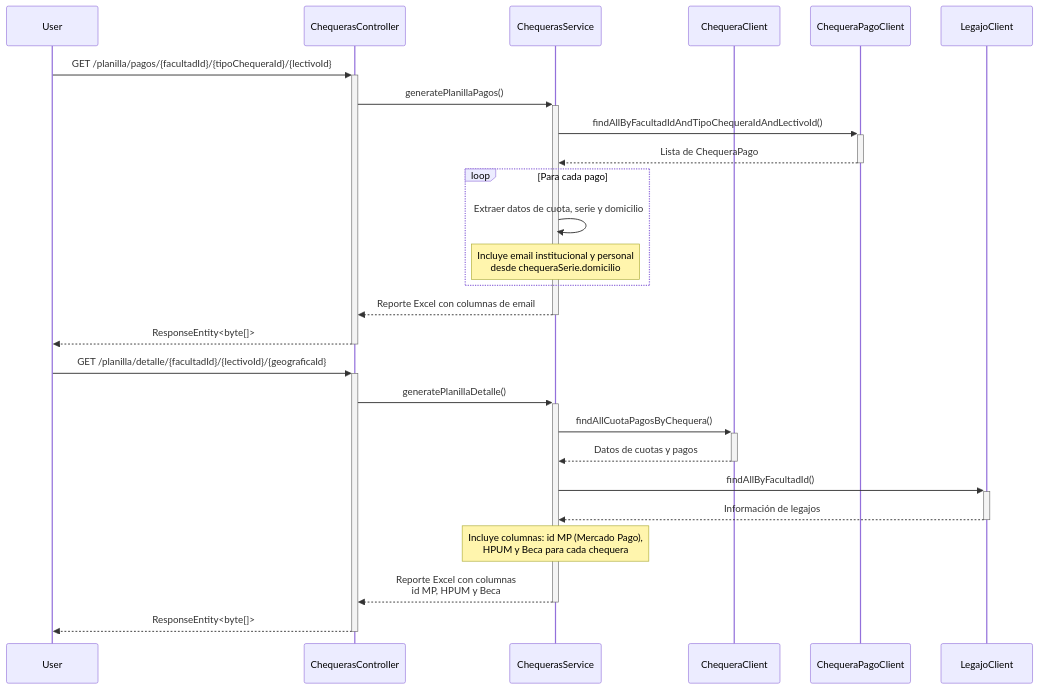
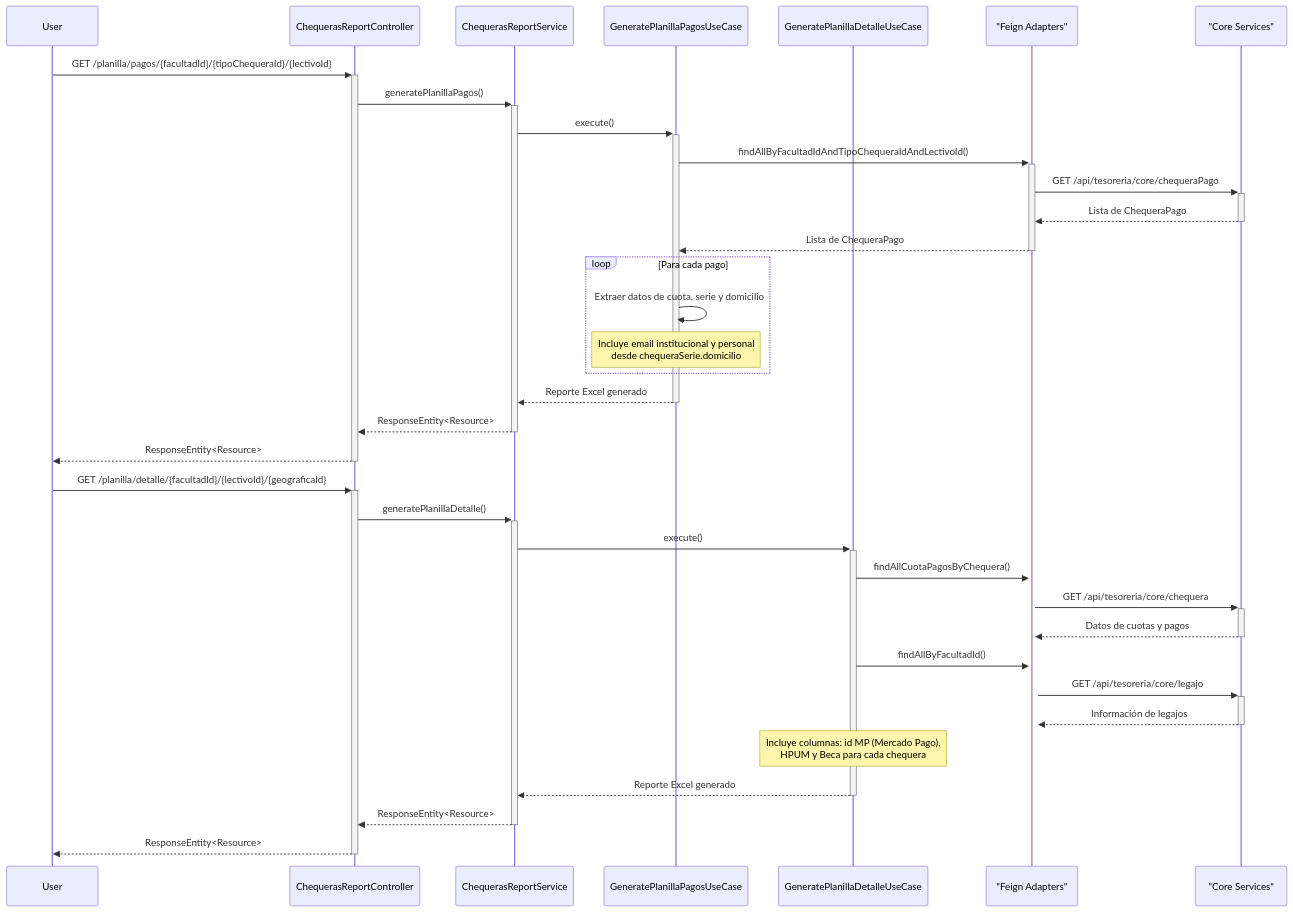
One commit to UM-services/UM.tesoreria.report-service changed the diagram in docs/diagrams/generacion-reporte.mmd. Above: the diagram before and after it, drawn with Mermaid. The commit also changed 101 other files, not shown here.

First line of the commit message:
refactor(chequeras): migrate to hexagonal architecture

````diff
--- a/docs/diagrams/generacion-reporte.mmd
+++ b/docs/diagrams/generacion-reporte.mmd
@@ -1,30 +1,39 @@
 ```mermaid
 sequenceDiagram
     participant User
-    participant ChequerasController
-    participant ChequerasService
-    participant ChequeraClient
-    participant ChequeraPagoClient
-    participant LegajoClient
+    participant ChequerasReportController
+    participant ChequerasReportService
+    participant GeneratePlanillaPagosUseCase
+    participant GeneratePlanillaDetalleUseCase
+    participant Adapters as "Feign Adapters"
+    participant CoreService as "Core Services"
 
-    User->>+ChequerasController: GET /planilla/pagos/{facultadId}/{tipoChequeraId}/{lectivoId}
-    ChequerasController->>+ChequerasService: generatePlanillaPagos()
-    ChequerasService->>+ChequeraPagoClient: findAllByFacultadIdAndTipoChequeraIdAndLectivoId()
-    ChequeraPagoClient-->>-ChequerasService: Lista de ChequeraPago
+    User->>+ChequerasReportController: GET /planilla/pagos/{facultadId}/{tipoChequeraId}/{lectivoId}
+    ChequerasReportController->>+ChequerasReportService: generatePlanillaPagos()
+    ChequerasReportService->>+GeneratePlanillaPagosUseCase: execute()
+    GeneratePlanillaPagosUseCase->>+Adapters: findAllByFacultadIdAndTipoChequeraIdAndLectivoId()
+    Adapters->>+CoreService: GET /api/tesoreria/core/chequeraPago
+    CoreService-->>-Adapters: Lista de ChequeraPago
+    Adapters-->>-GeneratePlanillaPagosUseCase: Lista de ChequeraPago
     loop Para cada pago
-        ChequerasService->>ChequerasService: Extraer datos de cuota, serie y domicilio
-        Note over ChequerasService: Incluye email institucional y personal<br/>desde chequeraSerie.domicilio
+        GeneratePlanillaPagosUseCase->>GeneratePlanillaPagosUseCase: Extraer datos de cuota, serie y domicilio
+        Note over GeneratePlanillaPagosUseCase: Incluye email institucional y personal<br/>desde chequeraSerie.domicilio
     end
-    ChequerasService-->>-ChequerasController: Reporte Excel con columnas de email
-    ChequerasController-->>-User: ResponseEntity<byte[]>
+    GeneratePlanillaPagosUseCase-->>-ChequerasReportService: Reporte Excel generado
+    ChequerasReportService-->>-ChequerasReportController: ResponseEntity<Resource>
+    ChequerasReportController-->>-User: ResponseEntity<Resource>
 
-    User->>+ChequerasController: GET /planilla/detalle/{facultadId}/{lectivoId}/{geograficaId}
-    ChequerasController->>+ChequerasService: generatePlanillaDetalle()
-    ChequerasService->>+ChequeraClient: findAllCuotaPagosByChequera()
-    ChequeraClient-->>-ChequerasService: Datos de cuotas y pagos
-    ChequerasService->>+LegajoClient: findAllByFacultadId()
-    LegajoClient-->>-ChequerasService: Información de legajos
-    Note over ChequerasService: Incluye columnas: id MP (Mercado Pago),<br/>HPUM y Beca para cada chequera
-    ChequerasService-->>-ChequerasController: Reporte Excel con columnas<br/>id MP, HPUM y Beca
-    ChequerasController-->>-User: ResponseEntity<byte[]>
+    User->>+ChequerasReportController: GET /planilla/detalle/{facultadId}/{lectivoId}/{geograficaId}
+    ChequerasReportController->>+ChequerasReportService: generatePlanillaDetalle()
+    ChequerasReportService->>+GeneratePlanillaDetalleUseCase: execute()
+    GeneratePlanillaDetalleUseCase->>+Adapters: findAllCuotaPagosByChequera()
+    Adapters->>+CoreService: GET /api/tesoreria/core/chequera
+    CoreService-->>-Adapters: Datos de cuotas y pagos
+    GeneratePlanillaDetalleUseCase->>+Adapters: findAllByFacultadId()
+    Adapters->>+CoreService: GET /api/tesoreria/core/legajo
+    CoreService-->>-Adapters: Información de legajos
+    Note over GeneratePlanillaDetalleUseCase: Incluye columnas: id MP (Mercado Pago),<br/>HPUM y Beca para cada chequera
+    GeneratePlanillaDetalleUseCase-->>-ChequerasReportService: Reporte Excel generado
+    ChequerasReportService-->>-ChequerasReportController: ResponseEntity<Resource>
+    ChequerasReportController-->>-User: ResponseEntity<Resource>
 ```
````
